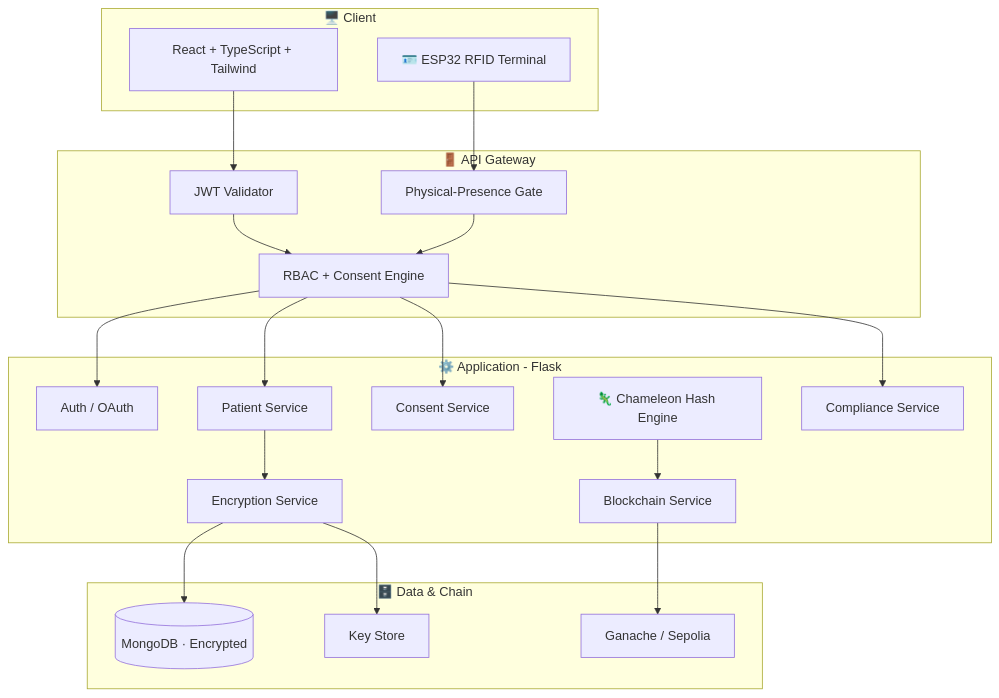
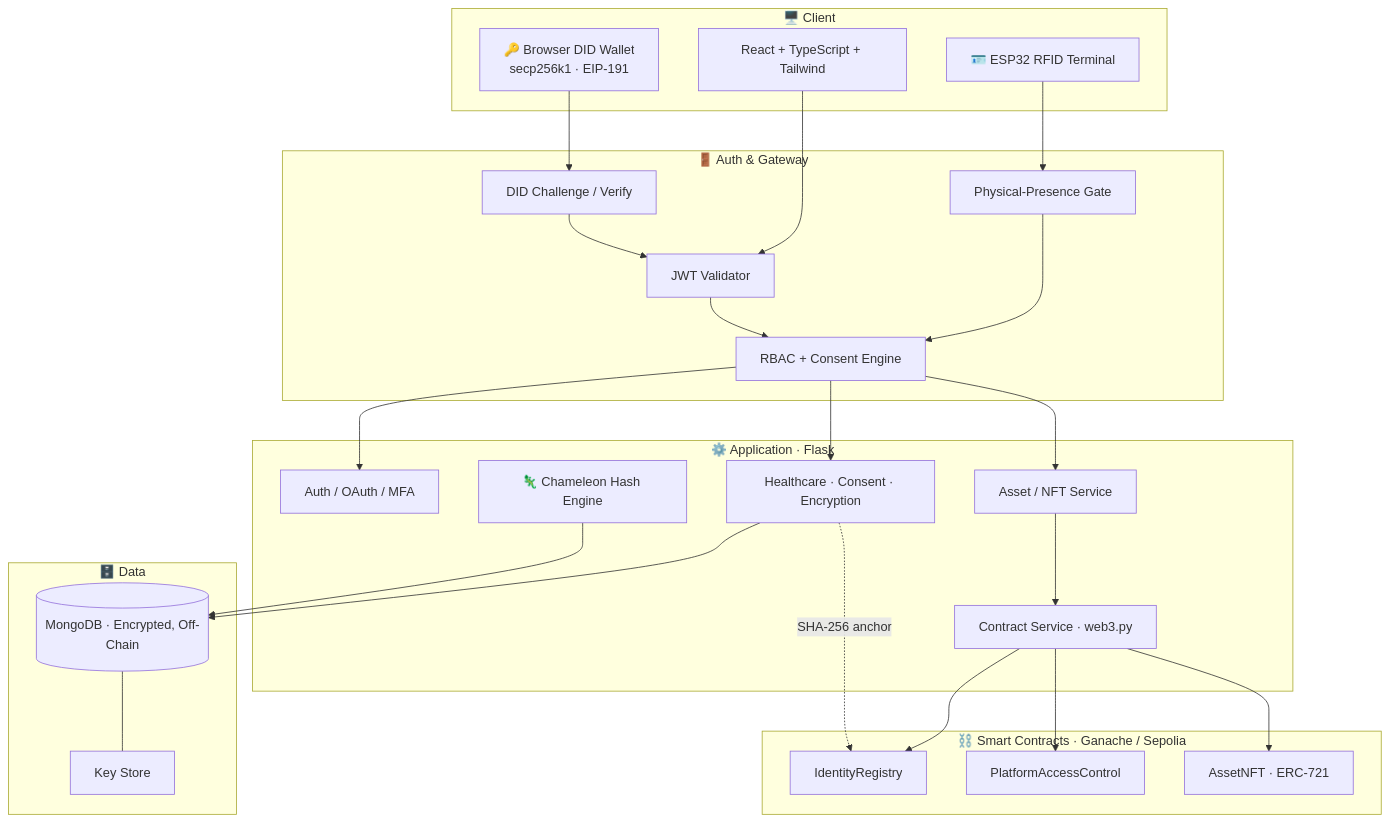
One commit to Bennyhinn007/DPDP-Compliant-Blockchain-Based-Personal-Data-Protection-and-Consent-Management-System changed the diagram in README.md. Above: the diagram before and after it, drawn with Mermaid. The commit also changed other lines of this file, not shown here.

Commit message:
docs: rewrite README to present unified identity/access/asset platform (SIH 26125)

````diff
--- a/README.md
+++ b/README.md
@@ -73,32 +130,40 @@
 ```mermaid
 graph TB
     subgraph Client["🖥️ Client"]
         FE[React + TypeScript + Tailwind]
+        WALLET[🔑 Browser DID Wallet<br/>secp256k1 · EIP-191]
         RFID[🪪 ESP32 RFID Terminal]
     end
-    subgraph Gateway["🚪 API Gateway"]
+    subgraph Gateway["🚪 Auth & Gateway"]
         JWT[JWT Validator]
+        DID[DID Challenge / Verify]
         RBAC[RBAC + Consent Engine]
         PRES[Physical-Presence Gate]
     end
-    subgraph App["⚙️ Application - Flask"]
-        AUTH[Auth / OAuth]
-        PAT[Patient Service]
-        CON[Consent Service]
-        ENC[Encryption Service]
-        BC[Blockchain Service]
+    subgraph App["⚙️ Application · Flask"]
+        AUTH[Auth / OAuth / MFA]
+        HC[Healthcare · Consent · Encryption]
         CH[🦎 Chameleon Hash Engine]
-        COMP[Compliance Service]
+        CS[Contract Service · web3.py]
+        NFT[Asset / NFT Service]
     end
-    subgraph Data["🗄️ Data & Chain"]
-        MONGO[(MongoDB · Encrypted)]
-        CHAIN[Ganache / Sepolia]
+    subgraph Chain["⛓️ Smart Contracts · Ganache / Sepolia"]
+        IR[IdentityRegistry]
+        PAC[PlatformAccessControl]
+        AN[AssetNFT · ERC-721]
+    end
+    subgraph Data["🗄️ Data"]
+        MONGO[(MongoDB · Encrypted, Off-Chain)]
         KEYS[Key Store]
     end
-    FE --> JWT --> RBAC
+    FE --> JWT
+    WALLET --> DID --> JWT
     RFID --> PRES --> RBAC
-    RBAC --> AUTH & PAT & CON & COMP
-    PAT --> ENC --> MONGO
-    CH --> BC --> CHAIN
-    ENC --> KEYS
+    JWT --> RBAC --> AUTH & HC & NFT
+    HC --> MONGO
+    CH --> MONGO
+    CS --> IR & PAC & AN
+    NFT --> CS
+    HC -.SHA-256 anchor.-> IR
+    MONGO --- KEYS
 ```
````
